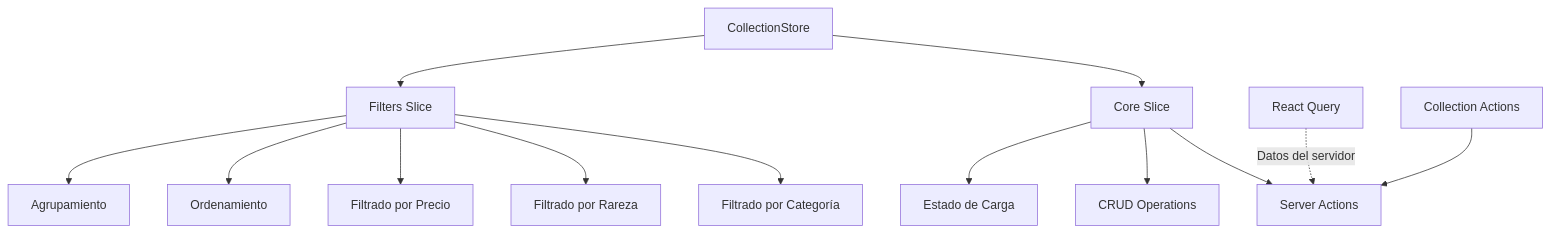
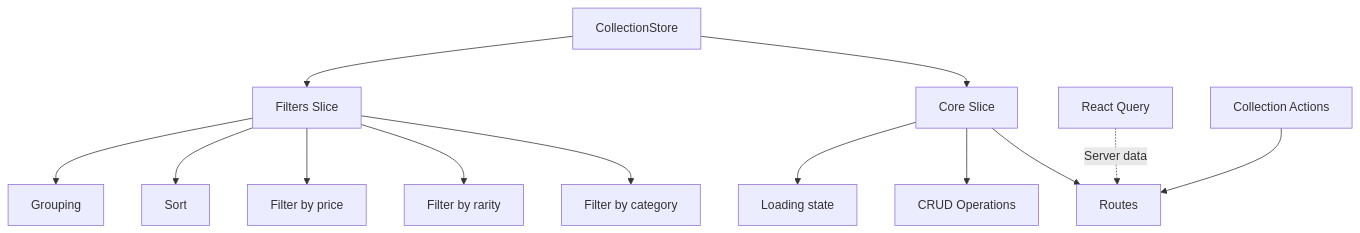
The diagram in src/store/entities/collection/README.md (gvastethecreator/media-manager), drawn with Mermaid before and after one commit. The commit also changed other lines of this file and 104 other files, not shown here.

Commit message:
docs: initialize comprehensive architectural documentation and component-level README files across the repository.

````diff
--- a/src/store/entities/collection/README.md
+++ b/src/store/entities/collection/README.md
@@ -23,18 +25,18 @@
 ```mermaid
 graph TD
     A[CollectionStore] --> B[Core Slice]
     A --> C[Filters Slice]
 
-    B --> D[Server Actions]
+    B --> D[Routes]
     B --> E[CRUD Operations]
-    B --> F[Estado de Carga]
+    B --> F[Loading state]
 
-    C --> G[Filtrado por Categoría]
-    C --> H[Filtrado por Rareza]
-    C --> I[Filtrado por Precio]
-    C --> J[Ordenamiento]
-    C --> K[Agrupamiento]
+    C --> G[Filter by category]
+    C --> H[Filter by rarity]
+    C --> I[Filter by price]
+    C --> J[Sort]
+    C --> K[Grouping]
 
-    L[React Query] -.-> |"Datos del servidor"| D
+    L[React Query] -.-> |"Server data"| D
     M[Collection Actions] --> D
 ```
````
